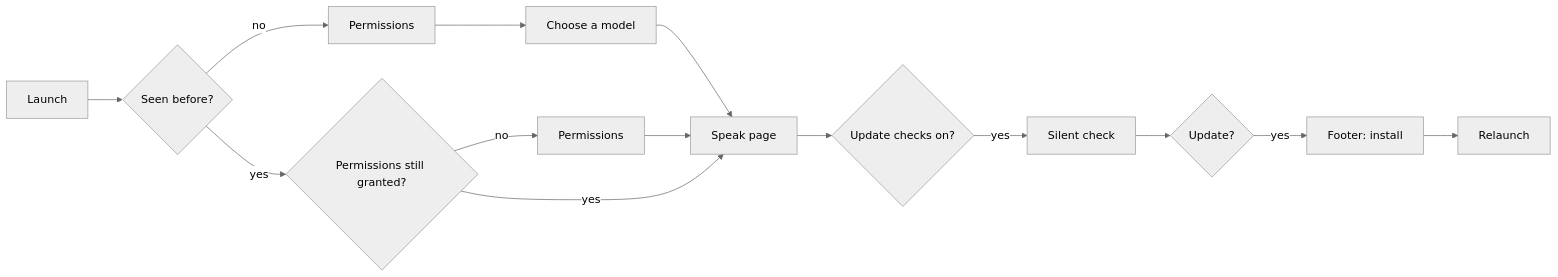
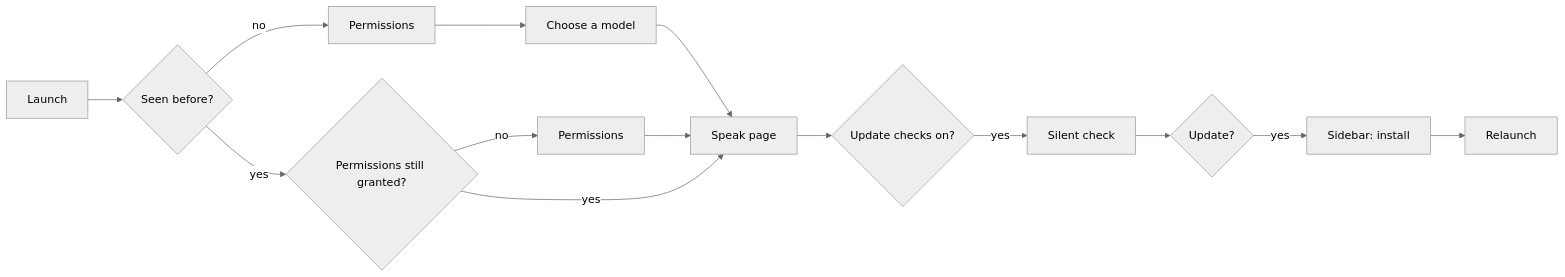
One commit to wblekhoa/speakease changed the diagram in docs/product/ux/app-shell.md. Above: the diagram before and after it, drawn with Mermaid (neutral theme). The commit also changed other lines of this file and 13 other files, not shown here.

First line of the commit message:
feat(app): no footer - updates in the sidebar and App, models from Speak

````diff
--- a/docs/product/ux/app-shell.md
+++ b/docs/product/ux/app-shell.md
@@ -84,11 +84,11 @@
 ```mermaid
 flowchart LR
   A[Launch] --> B{Seen before?}
   B -- no --> C[Permissions] --> D[Choose a model] --> E[Speak page]
   B -- yes --> F{Permissions still granted?}
   F -- no --> C2[Permissions] --> E
   F -- yes --> E
   E --> G{Update checks on?}
   G -- yes --> H[Silent check] --> I{Update?}
-  I -- yes --> J[Footer: install] --> K[Relaunch]
+  I -- yes --> J[Sidebar: install] --> K[Relaunch]
 ```
````
